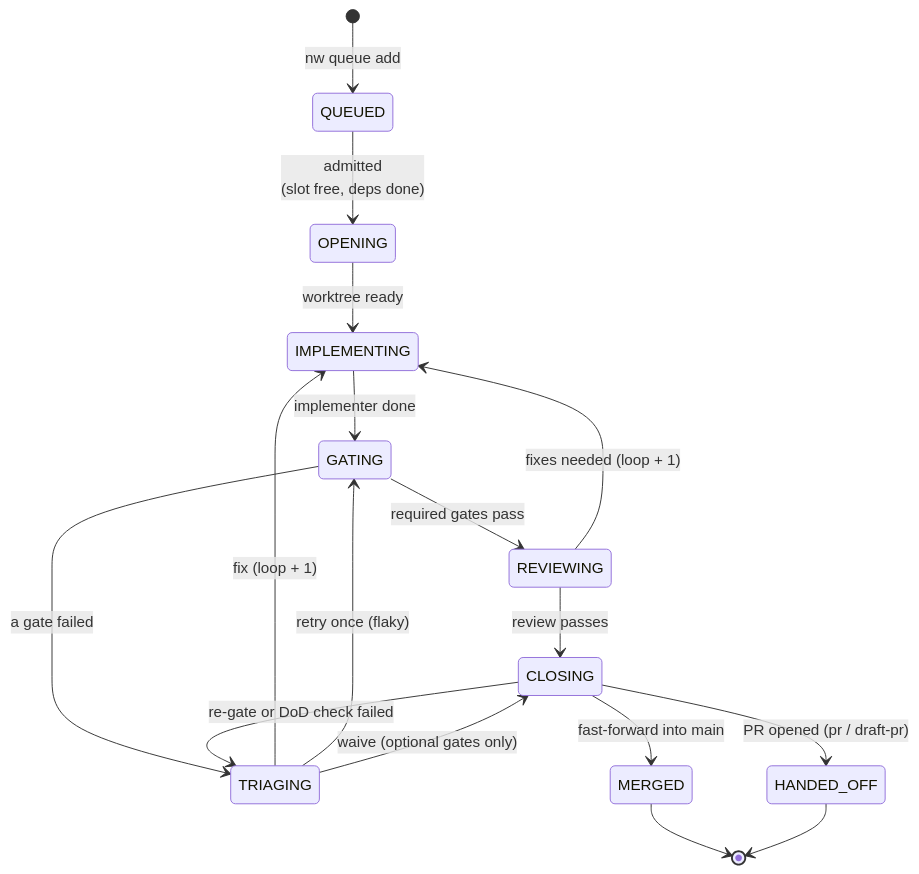
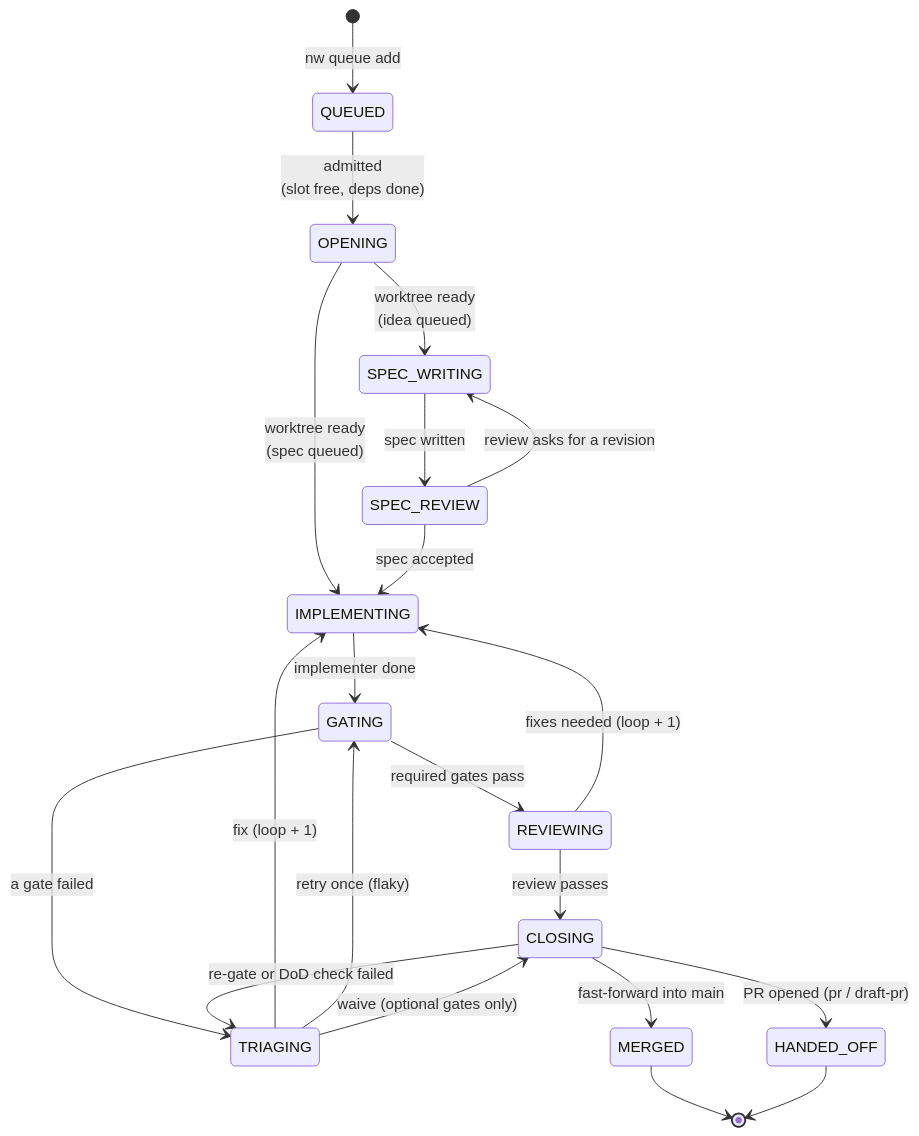
The first of 3 diagrams in docs/product/loop/states.md (brunosmmm/nightwright), drawn with Mermaid before and after one commit. The commit also changed other lines of this file and 13 other files, not shown here.

````diff
--- a/docs/product/loop/states.md
+++ b/docs/product/loop/states.md
@@ -11,20 +11,24 @@
 ```mermaid
 stateDiagram-v2
     direction TB
     [*] --> QUEUED: nw queue add
     QUEUED --> OPENING: admitted<br/>(slot free, deps done)
-    OPENING --> IMPLEMENTING: worktree ready
+    OPENING --> IMPLEMENTING: worktree ready<br/>(spec queued)
+    OPENING --> SPEC_WRITING: worktree ready<br/>(idea queued)
+    SPEC_WRITING --> SPEC_REVIEW: spec written
+    SPEC_REVIEW --> SPEC_WRITING: review asks for a revision
+    SPEC_REVIEW --> IMPLEMENTING: spec accepted
     IMPLEMENTING --> GATING: implementer done
     GATING --> REVIEWING: required gates pass
     GATING --> TRIAGING: a gate failed
     TRIAGING --> IMPLEMENTING: fix (loop + 1)
     TRIAGING --> GATING: retry once (flaky)
     TRIAGING --> CLOSING: waive (optional gates only)
     REVIEWING --> IMPLEMENTING: fixes needed (loop + 1)
     REVIEWING --> CLOSING: review passes
     CLOSING --> TRIAGING: re-gate or DoD check failed
     CLOSING --> MERGED: fast-forward into main
     CLOSING --> HANDED_OFF: PR opened (pr / draft-pr)
     MERGED --> [*]
     HANDED_OFF --> [*]
 ```
````
